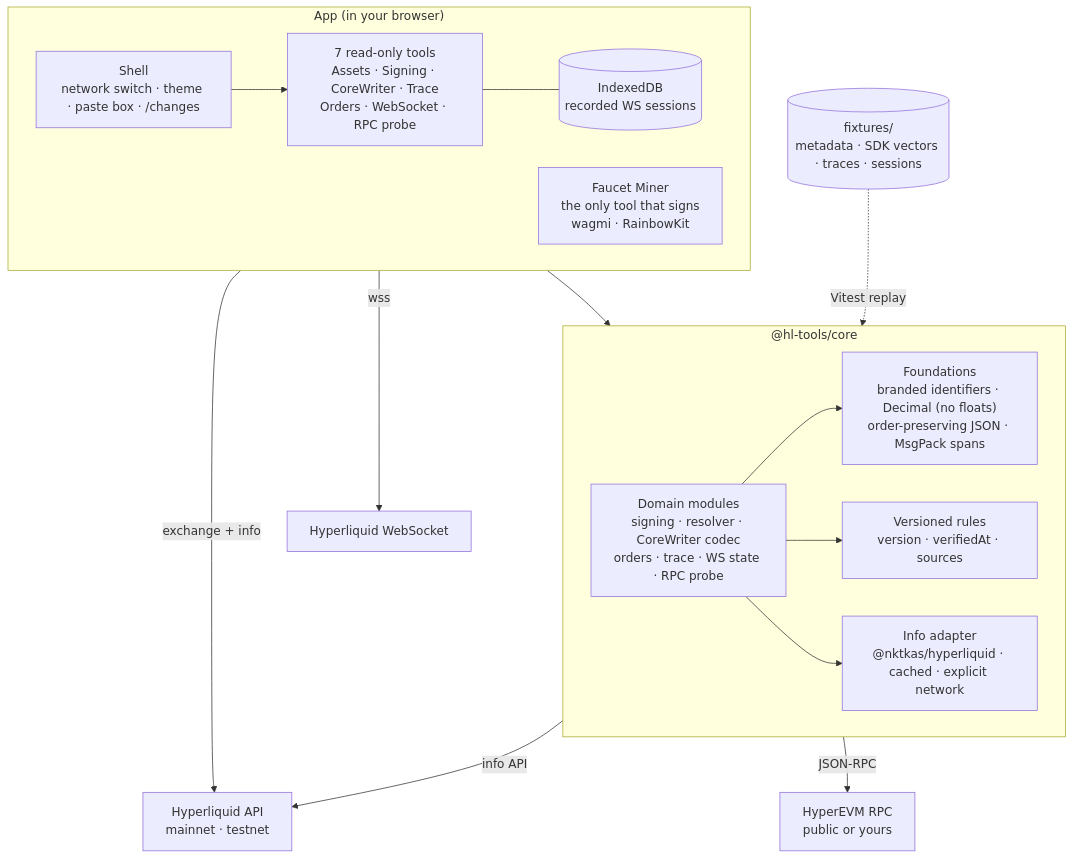
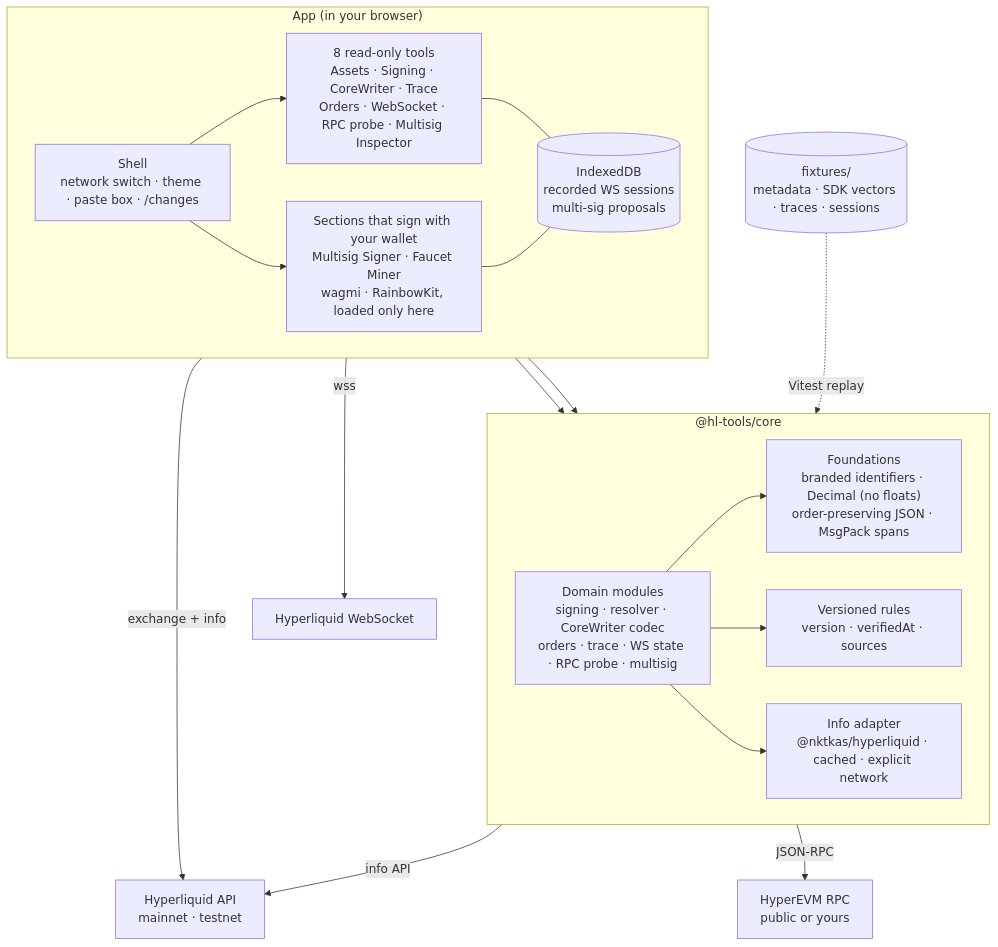
The diagram in README.md (ashwinarora/hl-tools), drawn with Mermaid before and after one commit. The commit also changed other lines of this file and 15 other files, not shown here.

````diff
--- a/README.md
+++ b/README.md
@@ -27,28 +28,31 @@
 ```mermaid
 flowchart TB
     subgraph App["App (in your browser)"]
         direction LR
         Shell["Shell<br/>network switch · theme · paste box · /changes"]
-        Tools["7 read-only tools<br/>Assets · Signing · CoreWriter · Trace<br/>Orders · WebSocket · RPC probe"]
-        FM["Faucet Miner<br/>the only tool that signs<br/>wagmi · RainbowKit"]
-        IDB[("IndexedDB<br/>recorded WS sessions")]
+        Tools["8 read-only tools<br/>Assets · Signing · CoreWriter · Trace<br/>Orders · WebSocket · RPC probe · Multisig Inspector"]
+        Sign["Sections that sign with your wallet<br/>Multisig Signer · Faucet Miner<br/>wagmi · RainbowKit, loaded only here"]
+        IDB[("IndexedDB<br/>recorded WS sessions<br/>multi-sig proposals")]
         Shell --> Tools
+        Shell --> Sign
         Tools --- IDB
+        Sign --- IDB
     end
     subgraph Core["@hl-tools/core"]
         direction LR
-        Domain["Domain modules<br/>signing · resolver · CoreWriter codec<br/>orders · trace · WS state · RPC probe"]
+        Domain["Domain modules<br/>signing · resolver · CoreWriter codec<br/>orders · trace · WS state · RPC probe · multisig"]
         Found["Foundations<br/>branded identifiers · Decimal (no floats)<br/>order-preserving JSON · MsgPack spans"]
         Rules["Versioned rules<br/>version · verifiedAt · sources"]
         Adapter["Info adapter<br/>@nktkas/hyperliquid · cached · explicit network"]
         Domain --> Found
         Domain --> Rules
         Domain --> Adapter
     end
     Tools --> Domain
+    Sign --> Domain
     Adapter -->|info API| HLAPI["Hyperliquid API<br/>mainnet · testnet"]
-    FM -->|exchange + info| HLAPI
+    Sign -->|exchange + info| HLAPI
     Tools -->|wss| HLWS["Hyperliquid WebSocket"]
     Domain -->|JSON-RPC| EVM["HyperEVM RPC<br/>public or yours"]
     Fixtures[("fixtures/<br/>metadata · SDK vectors · traces · sessions")] -. "Vitest replay" .-> Domain
 ```
````
